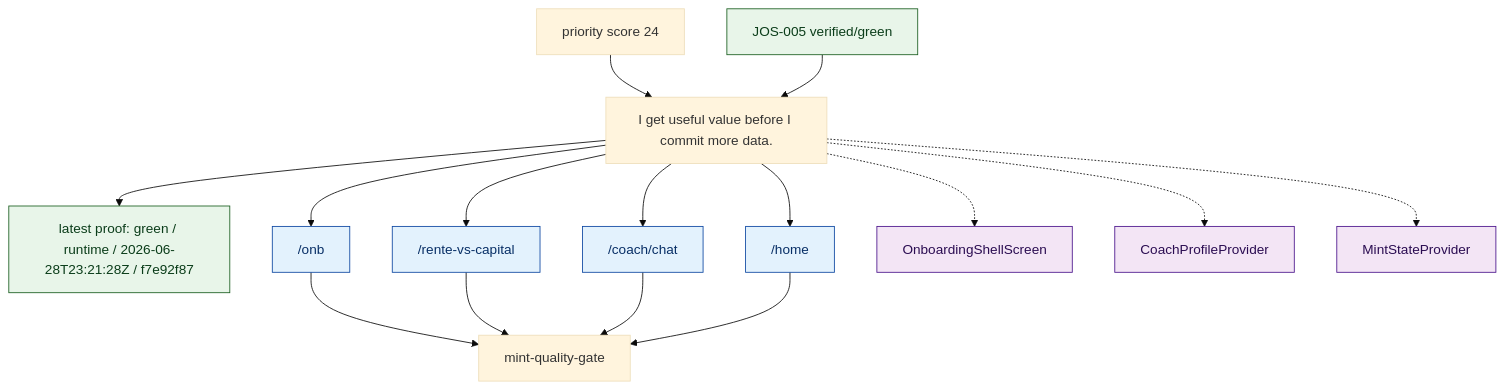
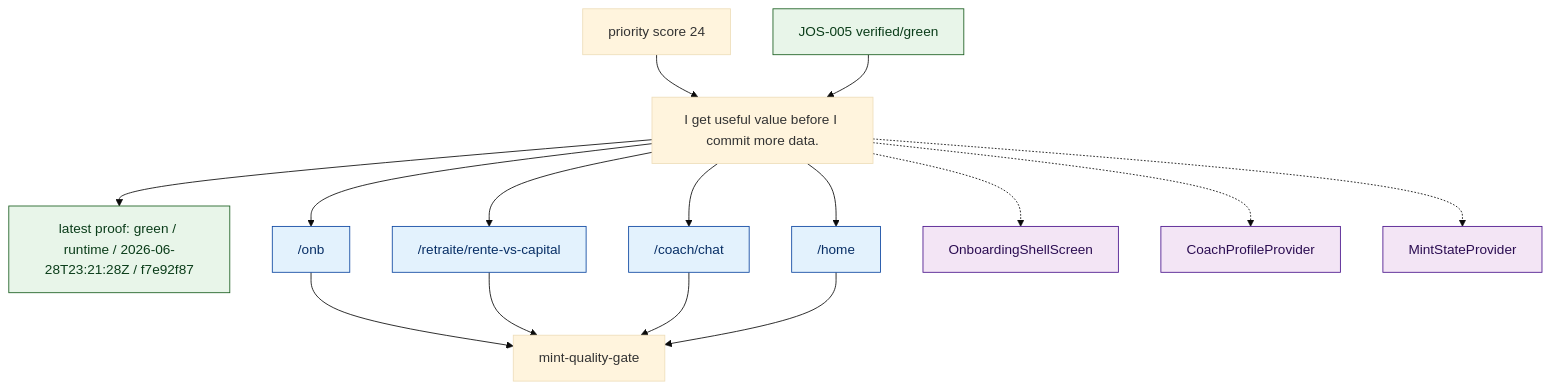
Before and after one commit to MINT-IA/MINT: the diagram in .planning/journeys/diagrams/onboarding_first_value.mmd, drawn with Mermaid (base theme). The commit also changed 27 other files, not shown here.

Commit message:
fix(navigation): canonicalize RvC retraite route

```diff
--- a/.planning/journeys/diagrams/onboarding_first_value.mmd
+++ b/.planning/journeys/diagrams/onboarding_first_value.mmd
@@ -1,45 +1,45 @@
 %% Generated from .planning/journeys/records/onboarding_first_value.json
 flowchart TD
   promise["I get useful value before I commit more data."]
   team["mint-quality-gate"]
   latest["latest proof: green / runtime / 2026-06-28T23:21:28Z / f7e92f87"]
   promise --> latest
   classDef green fill:#e8f5e9,stroke:#1b5e20,color:#0b3d1a;
   classDef red fill:#ffebee,stroke:#b71c1c,color:#5f1111;
   classDef amber fill:#fff8e1,stroke:#ff8f00,color:#5f3b00;
   classDef blocked fill:#eceff1,stroke:#455a64,color:#263238;
   classDef neutral fill:#f5f5f5,stroke:#616161,color:#212121;
   classDef route fill:#e3f2fd,stroke:#0d47a1,color:#082f66;
   classDef surface fill:#f3e5f5,stroke:#4a148c,color:#2b0d52;
   classDef api fill:#e0f2f1,stroke:#00695c,color:#003d35;
   class latest green
   priority["priority score 24"]
   priority --> promise
   route_onb["/onb"]
   promise --> route_onb
   route_onb --> team
   class route_onb route
-  route_rente_vs_capital["/rente-vs-capital"]
-  promise --> route_rente_vs_capital
-  route_rente_vs_capital --> team
-  class route_rente_vs_capital route
+  route_retraite_rente_vs_capital["/retraite/rente-vs-capital"]
+  promise --> route_retraite_rente_vs_capital
+  route_retraite_rente_vs_capital --> team
+  class route_retraite_rente_vs_capital route
   route_coach_chat["/coach/chat"]
   promise --> route_coach_chat
   route_coach_chat --> team
   class route_coach_chat route
   route_home["/home"]
   promise --> route_home
   route_home --> team
   class route_home route
   surface_OnboardingShellScreen["OnboardingShellScreen"]
   promise -.-> surface_OnboardingShellScreen
   class surface_OnboardingShellScreen surface
   surface_CoachProfileProvider["CoachProfileProvider"]
   promise -.-> surface_CoachProfileProvider
   class surface_CoachProfileProvider surface
   surface_MintStateProvider["MintStateProvider"]
   promise -.-> surface_MintStateProvider
   class surface_MintStateProvider surface
   issue_JOS_005["JOS-005 verified/green"]
   issue_JOS_005 --> promise
   class issue_JOS_005 green
```
